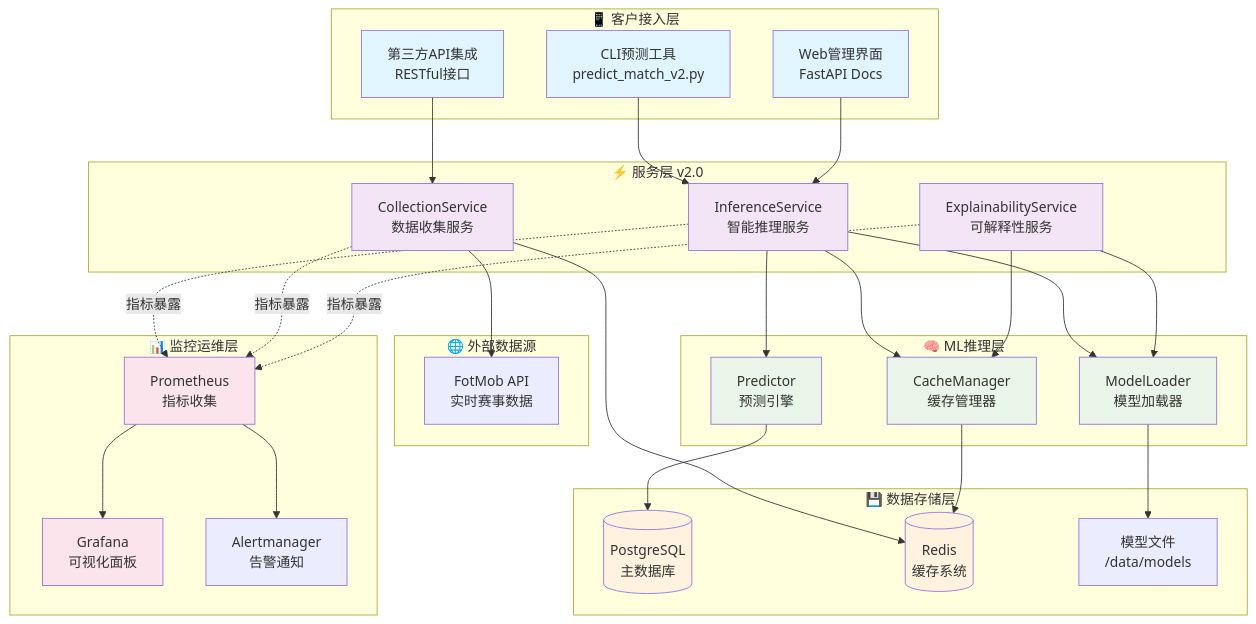
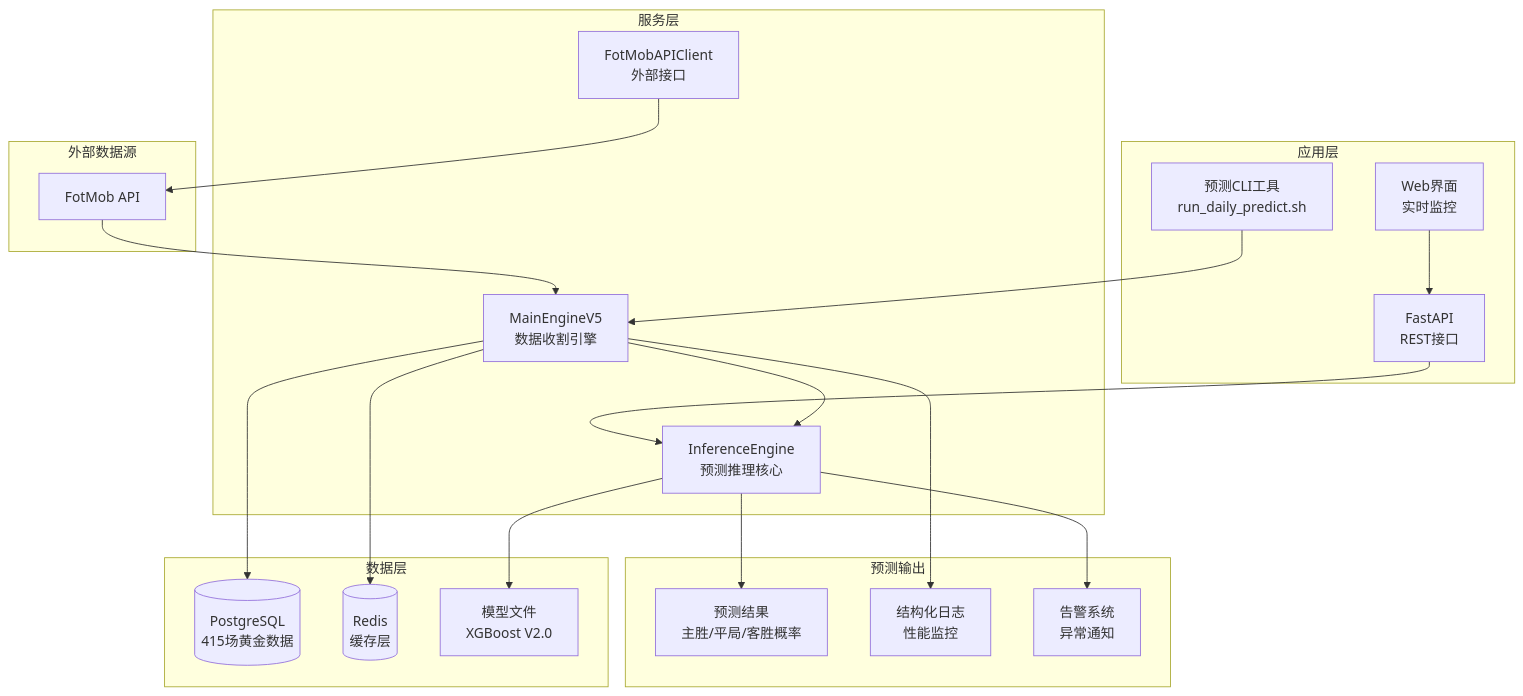
Before and after one commit to xupeng211/FootballPrediction: the diagram in README.md, drawn with Mermaid. The commit also changed other lines of this file and 256 other files, not shown here.

````diff
--- a/README.md
+++ b/README.md
@@ -60,75 +25,45 @@
 ```mermaid
 graph TB
-    subgraph "📱 客户接入层"
-        CLI[CLI预测工具<br/>predict_match_v2.py]
-        WEB[Web管理界面<br/>FastAPI Docs]
-        API[第三方API集成<br/>RESTful接口]
+    subgraph "外部数据源"
+        API[FotMob API]
     end
 
-    subgraph "⚡ 服务层 v2.0"
-        INF[InferenceService<br/>智能推理服务]
-        COL[CollectionService<br/>数据收集服务]
-        EXP[ExplainabilityService<br/>可解释性服务]
+    subgraph "数据层"
+        PG[(PostgreSQL<br/>415场黄金数据)]
+        REDIS[(Redis<br/>缓存层)]
+        FILES[模型文件<br/>XGBoost V2.0]
     end
 
-    subgraph "🧠 ML推理层"
-        MODEL[ModelLoader<br/>模型加载器]
-        PRED[Predictor<br/>预测引擎]
-        CACHE[CacheManager<br/>缓存管理器]
+    subgraph "服务层"
+        ENGINE[MainEngineV5<br/>数据收割引擎]
+        INFERENCE[InferenceEngine<br/>预测推理核心]
+        CLIENT[FotMobAPIClient<br/>外部接口]
     end
 
-    subgraph "💾 数据存储层"
-        PG[(PostgreSQL<br/>主数据库)]
-        REDIS[(Redis<br/>缓存系统)]
-        FILES[模型文件<br/>/data/models]
+    subgraph "应用层"
+        API_REST[FastAPI<br/>REST接口]
+        CLI[预测CLI工具<br/>run_daily_predict.sh]
+        WEB[Web界面<br/>实时监控]
     end
 
-    subgraph "🌐 外部数据源"
-        FOTMOB[FotMob API<br/>实时赛事数据]
+    subgraph "预测输出"
+        PREDICTION[预测结果<br/>主胜/平局/客胜概率]
+        LOGS[结构化日志<br/>性能监控]
+        ALERTS[告警系统<br/>异常通知]
     end
 
-    subgraph "📊 监控运维层"
-        PROM[Prometheus<br/>指标收集]
-        GRAF[Grafana<br/>可视化面板]
-        ALERT[Alertmanager<br/>告警通知]
-    end
+    API --> ENGINE
+    ENGINE --> PG
+    ENGINE --> INFERENCE
+    INFERENCE --> FILES
+    CLIENT --> API
+    ENGINE --> REDIS
 
-    CLI --> INF
-    WEB --> INF
-    API --> COL
+    CLI --> ENGINE
+    API_REST --> INFERENCE
+    WEB --> API_REST
 
-    INF --> MODEL
-    INF --> PRED
-    INF --> CACHE
-
-    COL --> REDIS
-    COL --> FOTMOB
-
-    EXP --> MODEL
-    EXP --> CACHE
-
-    MODEL --> FILES
-    PRED --> PG
-    CACHE --> REDIS
-
-    INF -.->|指标暴露| PROM
-    COL -.->|指标暴露| PROM
-    EXP -.->|指标暴露| PROM
-
-    PROM --> GRAF
-    PROM --> ALERT
-
-    style CLI fill:#e1f5fe
-    style WEB fill:#e1f5fe
-    style API fill:#e1f5fe
-    style INF fill:#f3e5f5
-    style COL fill:#f3e5f5
-    style EXP fill:#f3e5f5
-    style MODEL fill:#e8f5e8
-    style PRED fill:#e8f5e8
-    style CACHE fill:#e8f5e8
-    style PG fill:#fff3e0
-    style REDIS fill:#fff3e0
-    style PROM fill:#fce4ec
-    style GRAF fill:#fce4ec
+    INFERENCE --> PREDICTION
+    ENGINE --> LOGS
+    INFERENCE --> ALERTS
 ```
````
